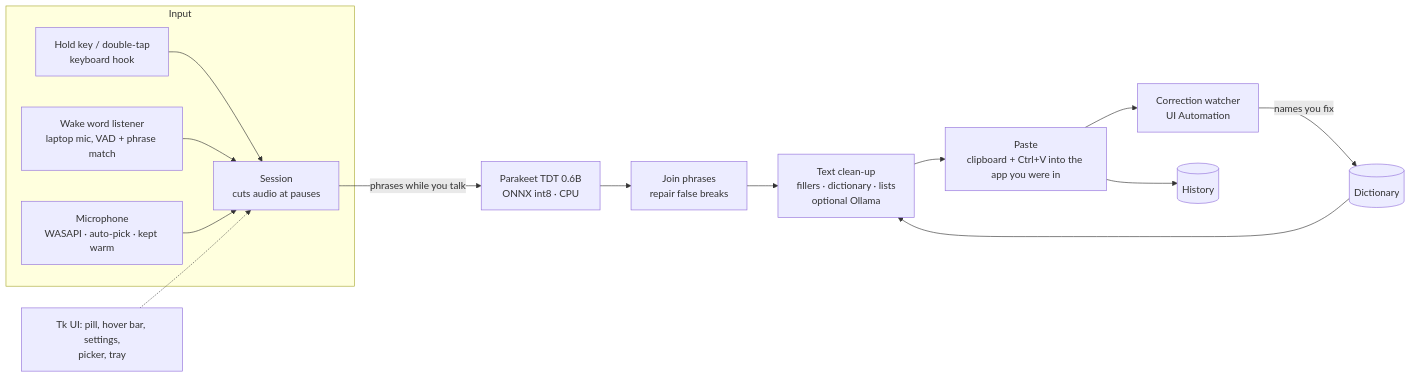
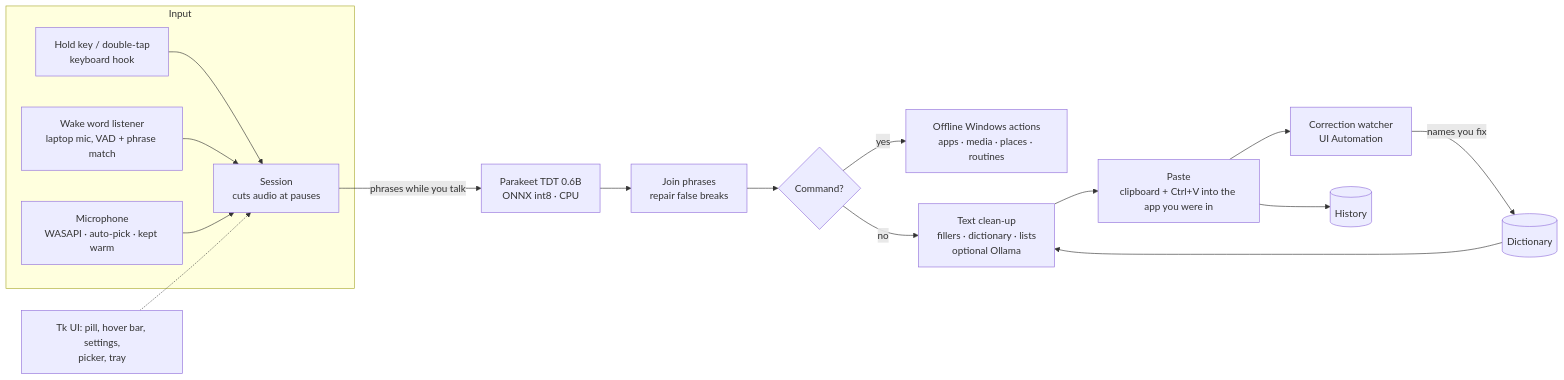
Before and after one commit to Adarsh1313/local-flow: the diagram in README.md, drawn with Mermaid. The commit also changed other lines of this file and 9 other files, not shown here.

````diff
--- a/README.md
+++ b/README.md
@@ -124,17 +126,19 @@
 ```mermaid
 flowchart LR
     subgraph Input
         K[Hold key / double-tap<br/>keyboard hook] --> S
         W[Wake word listener<br/>laptop mic, VAD + phrase match] --> S
         M[Microphone<br/>WASAPI · auto-pick · kept warm] --> S
     end
     S[Session<br/>cuts audio at pauses] -->|phrases while you talk| P[Parakeet TDT 0.6B<br/>ONNX int8 · CPU]
     P --> J[Join phrases<br/>repair false breaks]
-    J --> T[Text clean-up<br/>fillers · dictionary · lists<br/>optional Ollama]
+    J --> Q{Command?}
+    Q -->|yes| A[Offline Windows actions<br/>apps · media · places · routines]
+    Q -->|no| T[Text clean-up<br/>fillers · dictionary · lists<br/>optional Ollama]
     T --> V[Paste<br/>clipboard + Ctrl+V into the app you were in]
     V --> C[Correction watcher<br/>UI Automation]
     C -->|names you fix| D[(Dictionary)]
     D --> T
     V --> H[(History)]
     UI[Tk UI: pill, hover bar, settings,<br/>picker, tray] -.-> S
 ```
````
